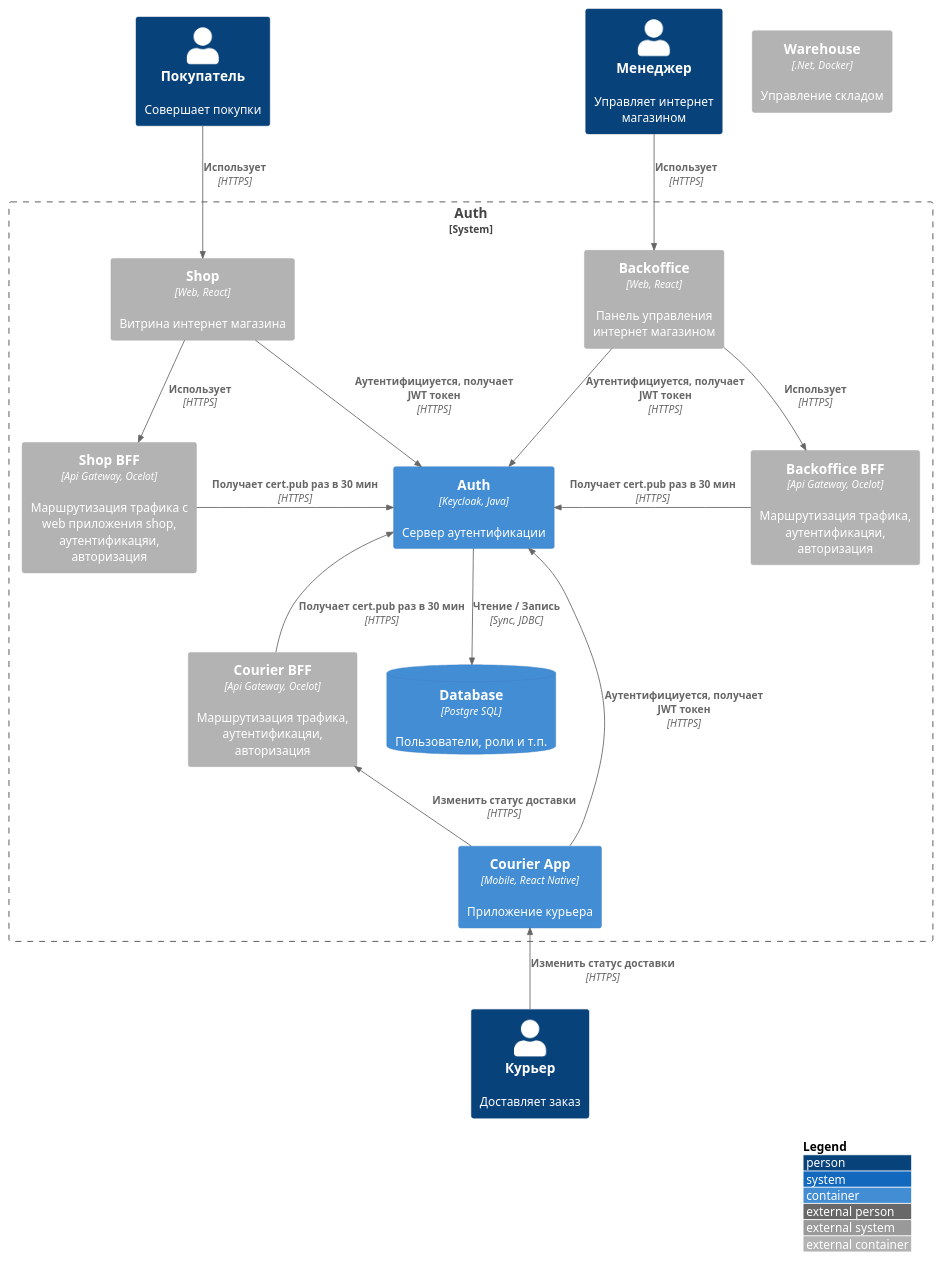
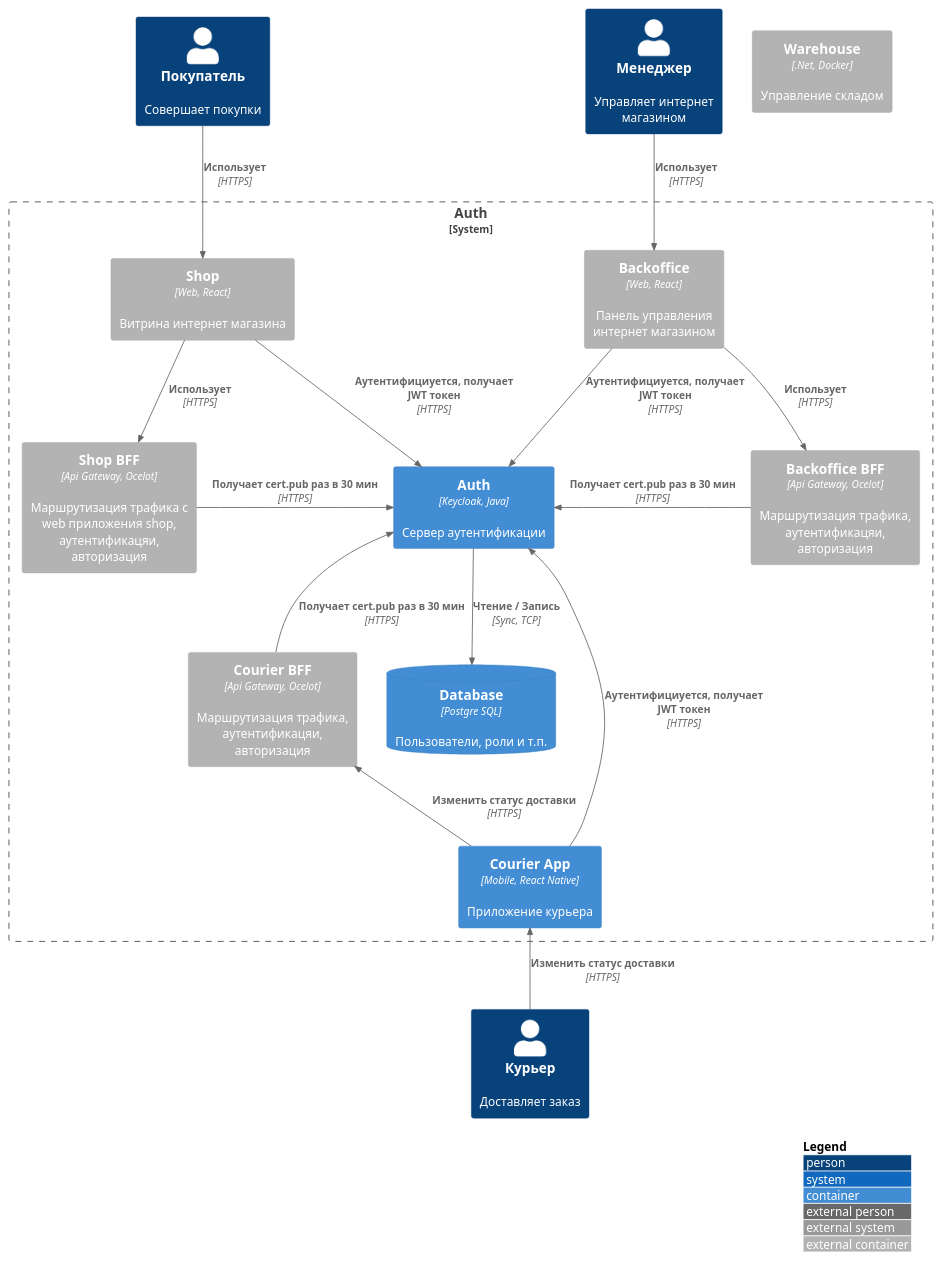
One commit to gerzhan/knigaexpert-system-design changed the first of 2 diagrams in services/auth/README.md. Above: the diagram before and after it, drawn with PlantUML. The commit also changed 6 other files, not shown here.

````diff
--- a/services/auth/README.md
+++ b/services/auth/README.md
@@ -8,47 +8,47 @@
 ```plantuml
 !include https://raw.githubusercontent.com/plantuml-stdlib/C4-PlantUML/master/C4_Container.puml
 
 skinparam wrapWidth 200
 skinparam maxMessageSize 200
 
 LAYOUT_TOP_DOWN()
 LAYOUT_WITH_LEGEND()
 
 Person(customer, Покупатель, "Совершает покупки")
 Person(manager, Менеджер, "Управляет интернет магазином")
 Person(courier, Курьер, "Доставляет заказ")
 
 Container_Ext(warehouse, "Warehouse", ".Net, Docker", "Управление складом")
 
 System_Boundary(boundary, "Auth") {
 ' Shop
 Container_Ext(shop_app, "Shop", "Web, React", "Витрина интернет магазина")
 Container_Ext(shop_bff, "Shop BFF", "Api Gateway, Ocelot", "Маршрутизация трафика c web приложения shop, аутентификацяи, авторизация")
 Rel(shop_app, shop_bff, "Использует", "HTTPS")
 Rel(customer, shop_app, "Использует", "HTTPS")
 
 ' Backoffice
 Container_Ext(backoffice_app, "Backoffice", "Web, React", "Панель управления интернет магазином")  
 Container_Ext(backoffice_bff, "Backoffice BFF", "Api Gateway, Ocelot", "Маршрутизация трафика, аутентификацяи, авторизация")
 Rel(backoffice_app, backoffice_bff, "Использует", "HTTPS")
 Rel(manager, backoffice_app, "Использует", "HTTPS")
 
 ' Сourier App
 Container(courier_app, "Courier App", "Mobile, React Native", "Приложение курьера")  
 Container_Ext(courier_bff, "Courier BFF", "Api Gateway, Ocelot", "Маршрутизация трафика, аутентификацяи, авторизация")
 Rel_U(courier_app, courier_bff, "Изменить статус доставки", "HTTPS")
 Rel_U(courier, courier_app, "Изменить статус доставки", "HTTPS")
 
 ' Services
 Container(auth, "Auth", "Keycloak, Java", "Сервер аутентификации")
 ContainerDb(auth_db, "Database", "Postgre SQL", "Пользователи, роли и т.п.")
-Rel(auth, auth_db, "Чтение / Запись", "Sync, JDBC")
+Rel(auth, auth_db, "Чтение / Запись", "Sync, TCP")
 Rel(shop_app, auth, "Аутентифициуется, получает JWT токен", "HTTPS")
 Rel(backoffice_app, auth, "Аутентифициуется, получает JWT токен", "HTTPS")
 Rel_R(shop_bff, auth, "Получает cert.pub раз в 30 мин", "HTTPS")
 Rel_L(backoffice_bff, auth, "Получает cert.pub раз в 30 мин", "HTTPS")
 Rel_U(courier_bff, auth, "Получает cert.pub раз в 30 мин", "HTTPS")
 Rel(courier_app, auth, "Аутентифициуется, получает JWT токен", "HTTPS")
 }
 
 ```
````
